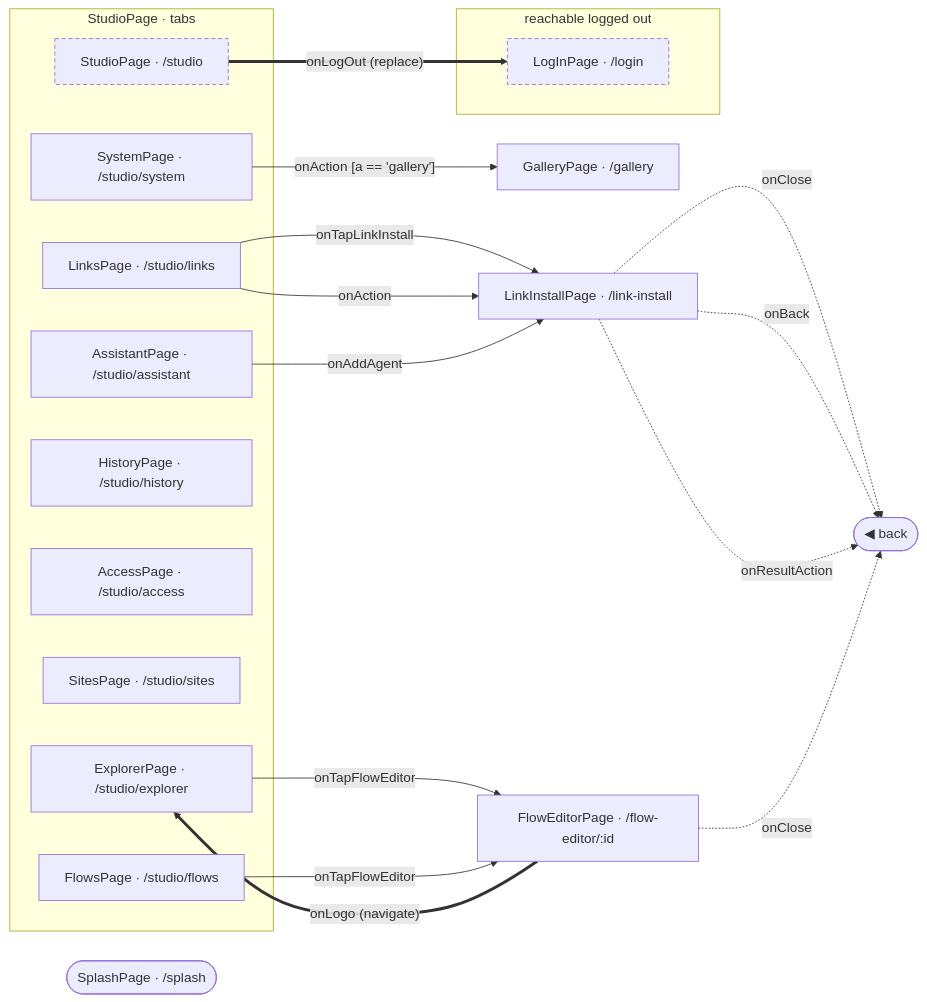
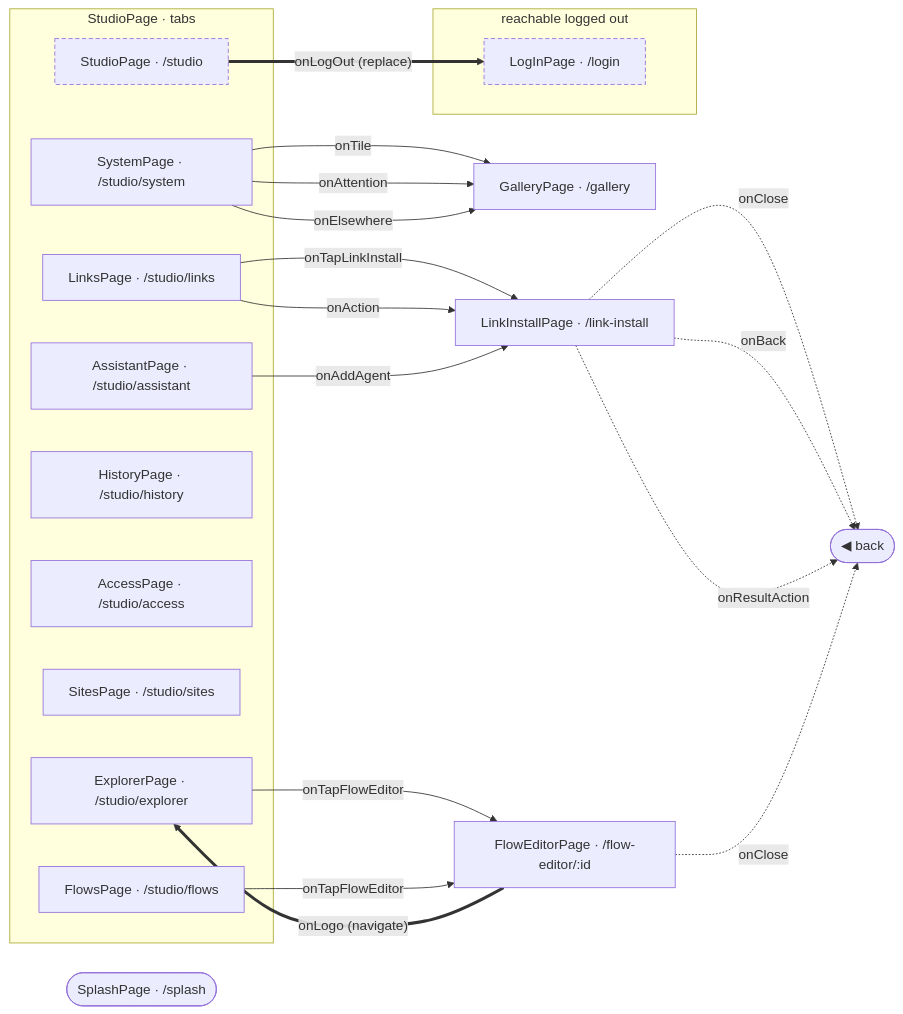
The diagram in studio/docs/flows/README.md (gencto/wyrm), drawn with Mermaid before and after one commit. The commit also changed other lines of this file and 85 other files, not shown here.

````diff
--- a/studio/docs/flows/README.md
+++ b/studio/docs/flows/README.md
@@ -7,38 +7,40 @@
 ```mermaid
 flowchart LR
     subgraph frxPublic["reachable logged out"]
         logIn["LogInPage · /login"]
     end
     splash(["SplashPage · /splash"])
     gallery["GalleryPage · /gallery"]
     subgraph frxTabs_studio["StudioPage · tabs"]
         studio["StudioPage · /studio"]
         explorer["ExplorerPage · /studio/explorer"]
         links["LinksPage · /studio/links"]
         flows["FlowsPage · /studio/flows"]
         history["HistoryPage · /studio/history"]
         access["AccessPage · /studio/access"]
         sites["SitesPage · /studio/sites"]
         assistant["AssistantPage · /studio/assistant"]
         system["SystemPage · /studio/system"]
     end
     linkInstall["LinkInstallPage · /link-install"]
     flowEditor["FlowEditorPage · /flow-editor/:id"]
     frxBack(["◀ back"])
 
     studio ==>|"onLogOut (replace)"| logIn
     explorer -->|"onTapFlowEditor"| flowEditor
     links -->|"onTapLinkInstall"| linkInstall
     links -->|"onAction"| linkInstall
     flows -->|"onTapFlowEditor"| flowEditor
     assistant -->|"onAddAgent"| linkInstall
-    system -->|"onAction [a == 'gallery']"| gallery
+    system -->|"onTile"| gallery
+    system -->|"onAttention"| gallery
+    system -->|"onElsewhere"| gallery
     linkInstall -.->|"onClose"| frxBack
     linkInstall -.->|"onBack"| frxBack
     linkInstall -.->|"onResultAction"| frxBack
     flowEditor -.->|"onClose"| frxBack
     flowEditor ==>|"onLogo (navigate)"| explorer
 
     classDef frxEntry stroke-dasharray: 5 3
     class logIn,studio frxEntry
 ```
````
